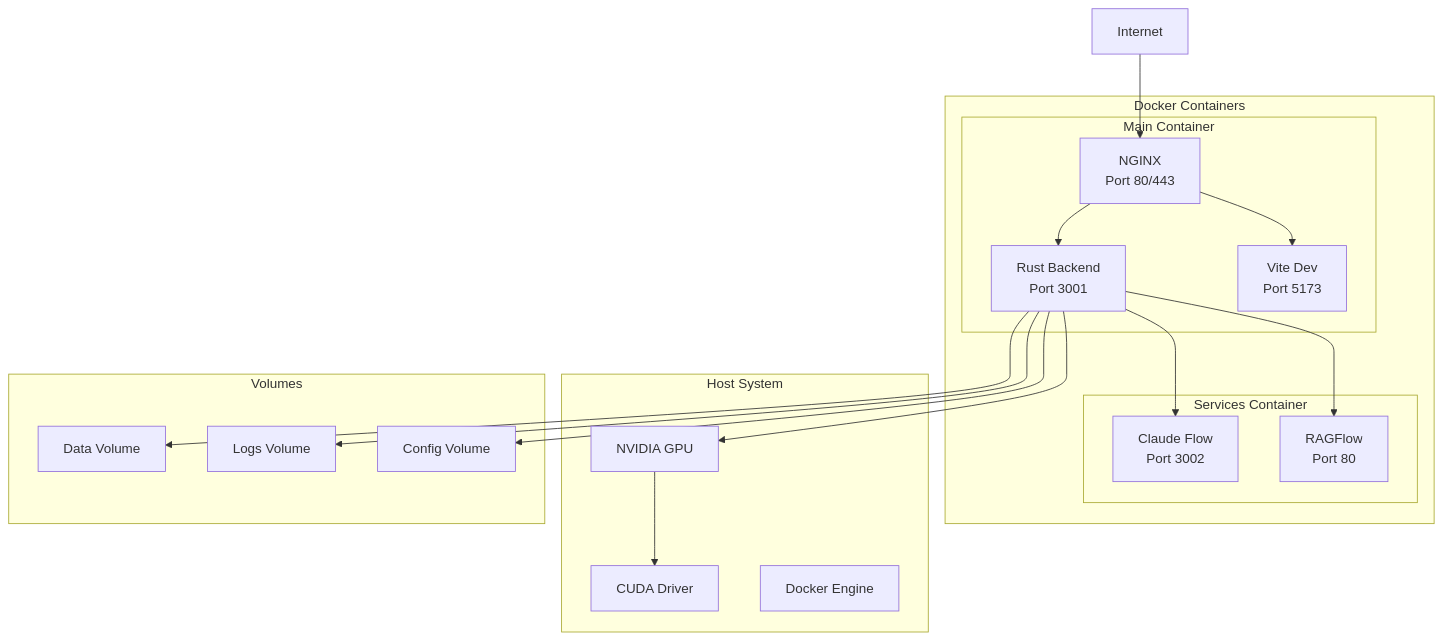
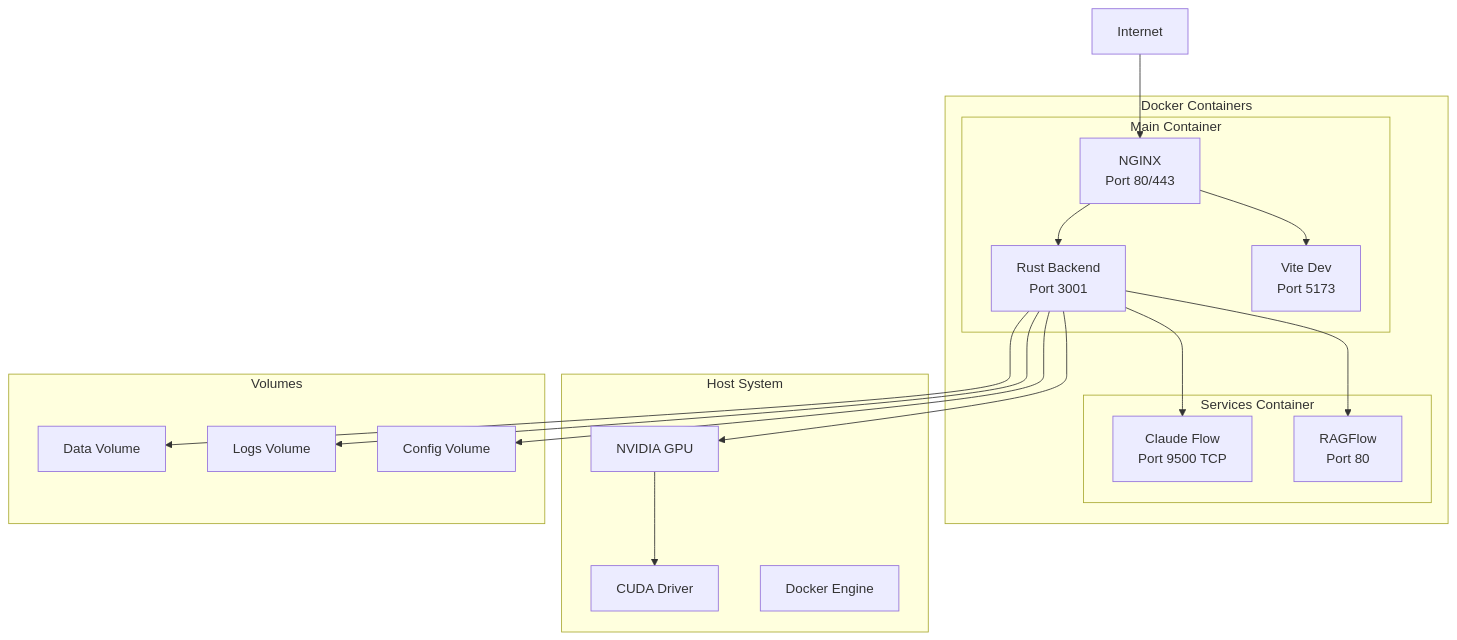
The eighth of 9 diagrams in docs/architecture/system-overview.md (DreamLab-AI/VisionFlow), drawn with Mermaid before and after one commit. The commit also changed other lines of this file and 66 other files, not shown here.

````diff
--- a/docs/architecture/system-overview.md
+++ b/docs/architecture/system-overview.md
@@ -479,40 +479,40 @@
 ```mermaid
 graph TB
     subgraph "Docker Containers"
         subgraph "Main Container"
             Nginx[NGINX<br/>Port 80/443]
             Rust[Rust Backend<br/>Port 3001]
             Vite[Vite Dev<br/>Port 5173]
         end
 
         subgraph "Services Container"
-            Claude[Claude Flow<br/>Port 3002]
+            Claude[Claude Flow<br/>Port 9500 TCP]
             RAG[RAGFlow<br/>Port 80]
         end
     end
 
     subgraph "Host System"
         GPU[NVIDIA GPU]
         CUDA_Host[CUDA Driver]
         Docker[Docker Engine]
     end
 
     subgraph "Volumes"
         Data[Data Volume]
         Logs[Logs Volume]
         Config[Config Volume]
     end
 
     Internet[Internet] --> Nginx
     Nginx --> Rust
     Nginx --> Vite
     Rust --> Claude
     Rust --> RAG
 
     Rust --> GPU
     GPU --> CUDA_Host
 
     Rust --> Data
     Rust --> Logs
     Rust --> Config
 ```
````
